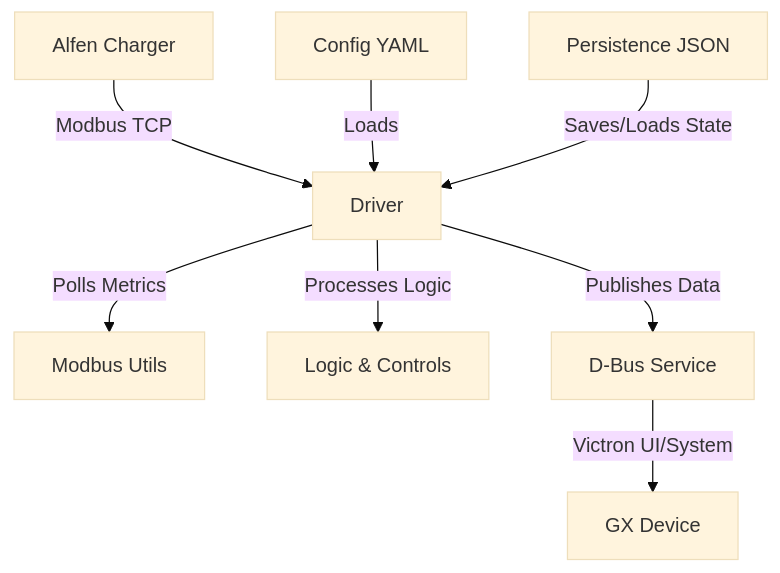
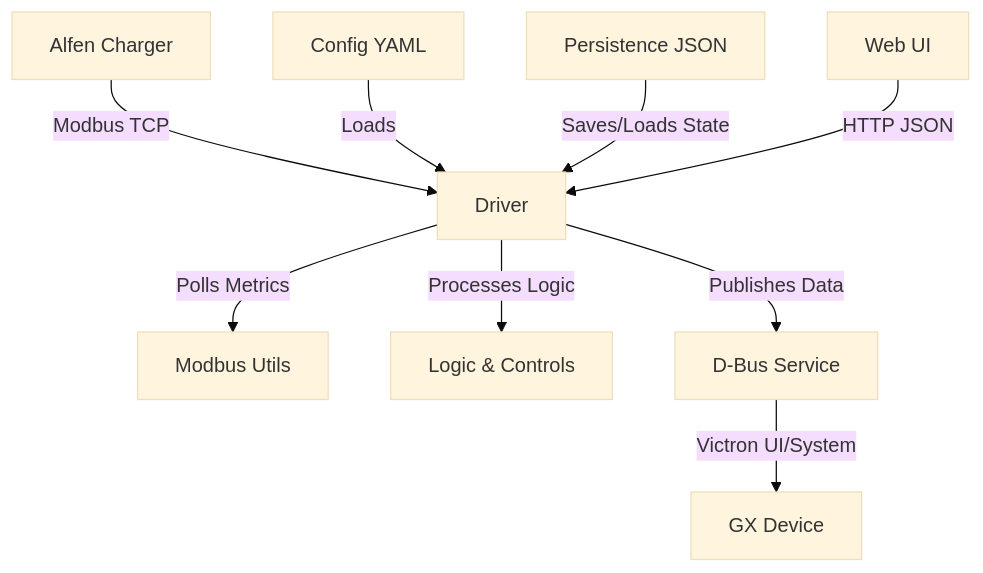
The diagram in README.md (rhernaus/victron-alfen-charger), drawn with Mermaid (base theme) before and after one commit. The commit also changed other lines of this file and 6 other files, not shown here.

````diff
--- a/README.md
+++ b/README.md
@@ -138,10 +153,11 @@
 ```mermaid
 graph TD
     A[Alfen Charger] -- Modbus TCP --> B[Driver]
     B -- Polls Metrics --> C[Modbus Utils]
     B -- Processes Logic --> D[Logic & Controls]
     B -- Publishes Data --> E[D-Bus Service]
     E -- Victron UI/System --> F[GX Device]
     G[Config YAML] -- Loads --> B
     H[Persistence JSON] -- Saves/Loads State --> B
+    I[Web UI] -- HTTP JSON --> B
 ```
````
